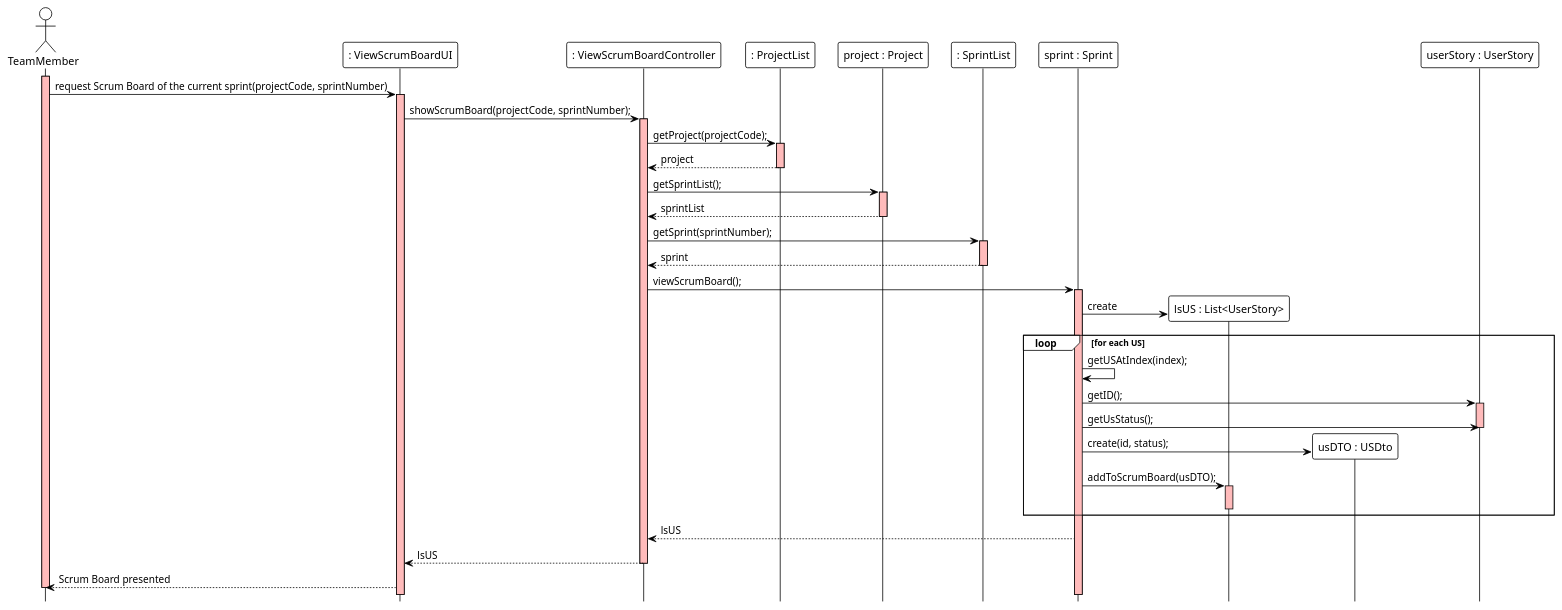
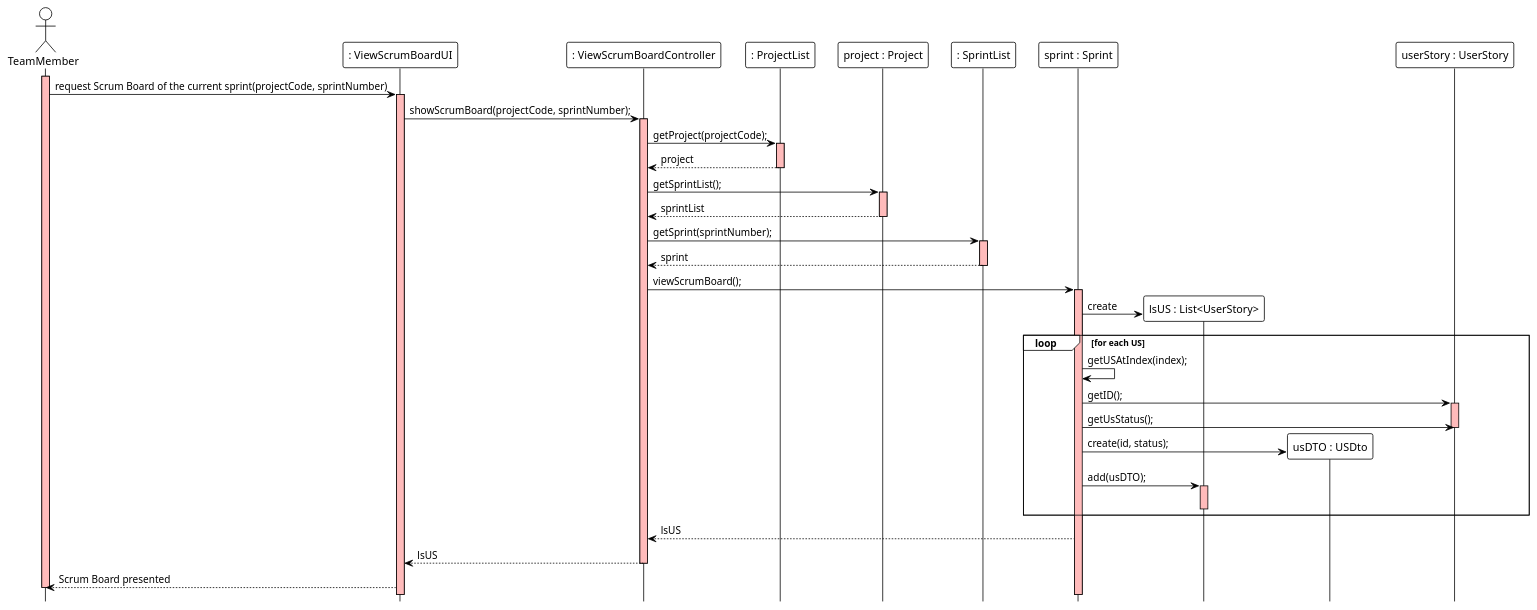
One commit to ivo-menezes/project_g3 changed the diagram in docs/modelling_design/user_stories/us022/US022_ViewScrumBoardSD.puml. Above: the diagram before and after it, drawn with PlantUML.

Commit message:
US022: Design: Corrected SD.

```diff
--- a/docs/modelling_design/user_stories/us022/US022_ViewScrumBoardSD.puml
+++ b/docs/modelling_design/user_stories/us022/US022_ViewScrumBoardSD.puml
@@ -1,64 +1,64 @@
 @startuml
 !theme plain
 hide footbox
 
 actor TeamMember as User
 participant ": ViewScrumBoardUI" as UI
 participant ": ViewScrumBoardController" as Controller
 participant ": ProjectList" as List
 participant "project : Project" as Project
 participant ": SprintList" as SprintList
 participant "sprint : Sprint" as Sprint
 participant "lsUS : List<UserStory>" as DTOList
 participant "usDTO : USDto" as Dto
 participant "userStory : UserStory" as US
 
 activate User #FFBBBB
 User -> UI: request Scrum Board of the current sprint(projectCode, sprintNumber)
 
 activate UI #FFBBBB
 UI -> Controller: showScrumBoard(projectCode, sprintNumber);
 activate Controller #FFBBBB
 
 Controller -> List: getProject(projectCode);
 activate List #FFBBBB
 List --> Controller: project
 deactivate List
 
 Controller -> Project: getSprintList();
 activate Project #FFBBBB
 Project --> Controller: sprintList
 deactivate Project
 
 Controller -> SprintList: getSprint(sprintNumber);
 activate SprintList #FFBBBB
 SprintList --> Controller: sprint
 deactivate SprintList
 
 Controller -> Sprint: viewScrumBoard();
 activate Sprint #FFBBBB
 
 Sprint -> DTOList **: create
 
 loop for each US
 Sprint -> Sprint: getUSAtIndex(index);
 
 Sprint -> US: getID();
 activate US #FFBBBB
 
 Sprint -> US: getUsStatus();
 deactivate US
 
 Sprint -> Dto **: create(id, status);
-Sprint -> DTOList: addToScrumBoard(usDTO);
+Sprint -> DTOList: add(usDTO);
 activate DTOList #FFBBBB
 deactivate DTOList
 end
 
 Sprint --> Controller: lsUS
 Controller --> UI: lsUS
 deactivate Controller
 
 UI --> User: Scrum Board presented
 deactivate User
 @enduml
```
